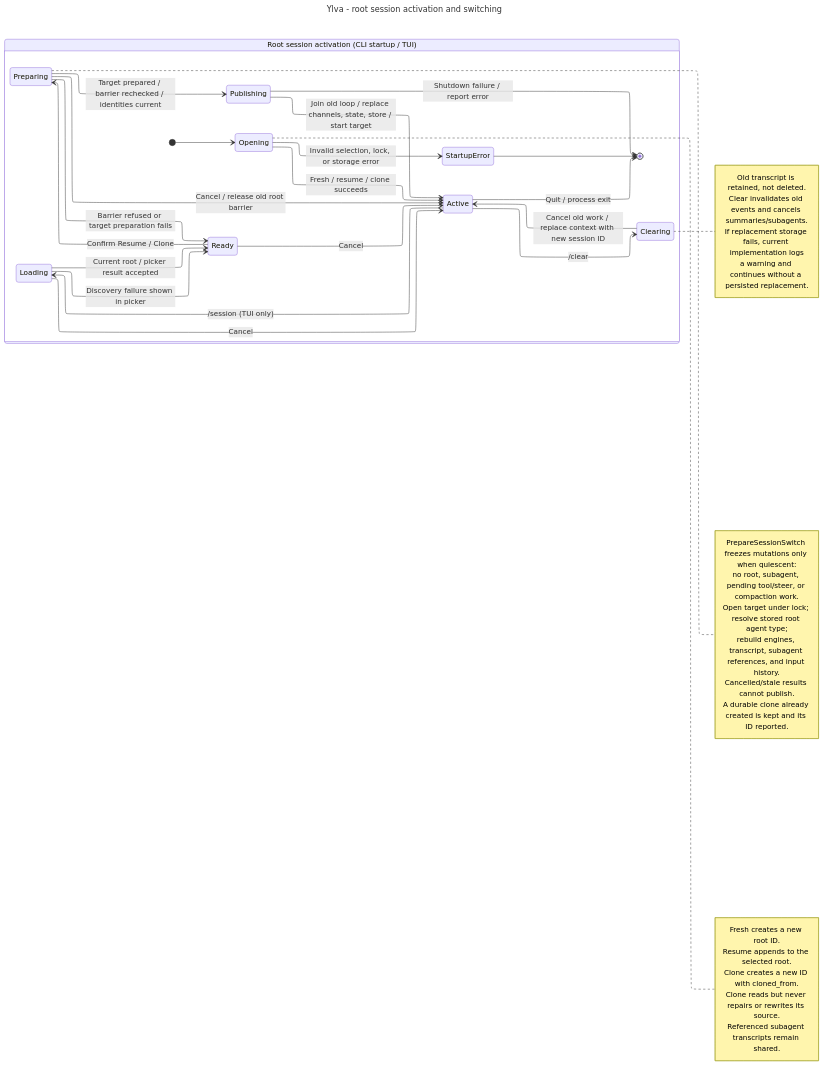
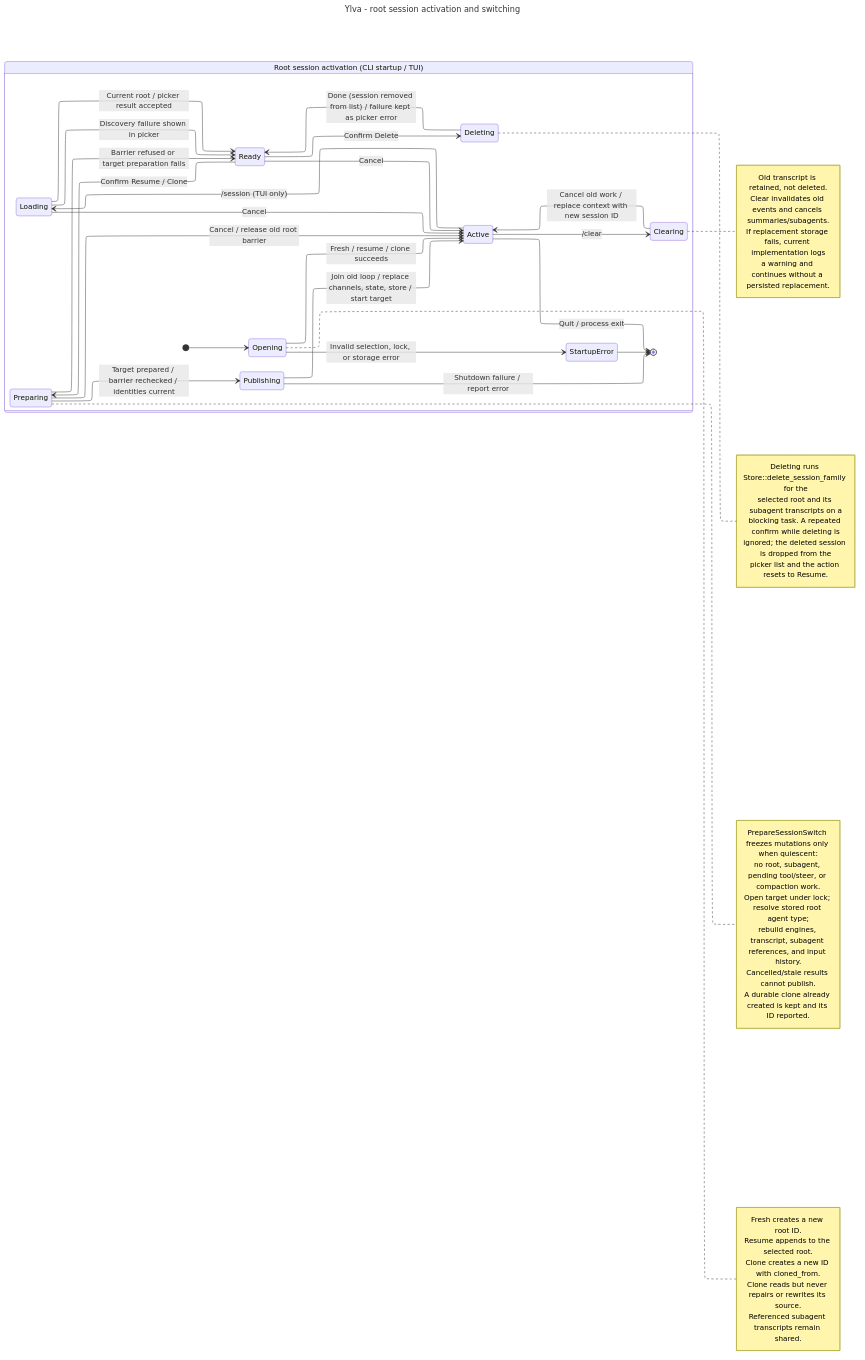
One commit to manuel-koch/ylva changed the diagram in docs/diagrams/session-lifecycle-state-diagram.mmd. Above: the diagram before and after it, drawn with Mermaid. The commit also changed 5 other files, not shown here.

```diff
--- a/docs/diagrams/session-lifecycle-state-diagram.mmd
+++ b/docs/diagrams/session-lifecycle-state-diagram.mmd
@@ -1,58 +1,68 @@
 ---
 title: Ylva - root session activation and switching
 config:
   layout: elk
 ---
 
 stateDiagram-v2
     direction LR
 
     %% Sources: main.rs (open_store), store.rs,
     %% tui_driver.rs, tui_driver/sessions.rs, agent/runtime/commands.rs.
     %% Conceptual lifecycle, not an enum or an exhaustive error-state machine.
 
     state "Root session activation (CLI startup / TUI)" as Runtime {
         [*] --> Opening
         Opening --> Active : Fresh / resume / clone succeeds
         Opening --> StartupError : Invalid selection, lock, or storage error
         StartupError --> [*]
 
         Active --> Clearing : /clear
         Clearing --> Active : Cancel old work / replace context with new session ID
         note right of Clearing
             Old transcript is retained, not deleted.
             Clear invalidates old events and cancels summaries/subagents.
             If replacement storage fails, current implementation logs
             a warning and continues without a persisted replacement.
         end note
 
         Active --> Loading : /session (TUI only)
         Loading --> Ready : Current root / picker result accepted
         Loading --> Active : Cancel
         Loading --> Ready : Discovery failure shown in picker
         Ready --> Preparing : Confirm Resume / Clone
+        Ready --> Deleting : Confirm Delete
         Ready --> Active : Cancel
+        Deleting --> Ready : Done (session removed from list) / failure kept as picker error
         Preparing --> Ready : Barrier refused or target preparation fails
         Preparing --> Active : Cancel / release old root barrier
         Preparing --> Publishing : Target prepared / barrier rechecked / identities current
         Publishing --> Active : Join old loop / replace channels, state, store / start target
         Publishing --> [*] : Shutdown failure / report error
         Active --> [*] : Quit / process exit
+
+        note right of Deleting
+            Deleting runs Store::delete_session_family for the
+            selected root and its subagent transcripts on a
+            blocking task. A repeated confirm while deleting is
+            ignored; the deleted session is dropped from the
+            picker list and the action resets to Resume.
+        end note
 
         note right of Preparing
             PrepareSessionSwitch freezes mutations only when quiescent:
             no root, subagent, pending tool/steer, or compaction work.
             Open target under lock; resolve stored root agent type;
             rebuild engines, transcript, subagent references, and input history.
             Cancelled/stale results cannot publish.
             A durable clone already created is kept and its ID reported.
         end note
 
         note right of Opening
             Fresh creates a new root ID.
             Resume appends to the selected root.
             Clone creates a new ID with cloned_from.
             Clone reads but never repairs or rewrites its source.
             Referenced subagent transcripts remain shared.
         end note
     }
```
